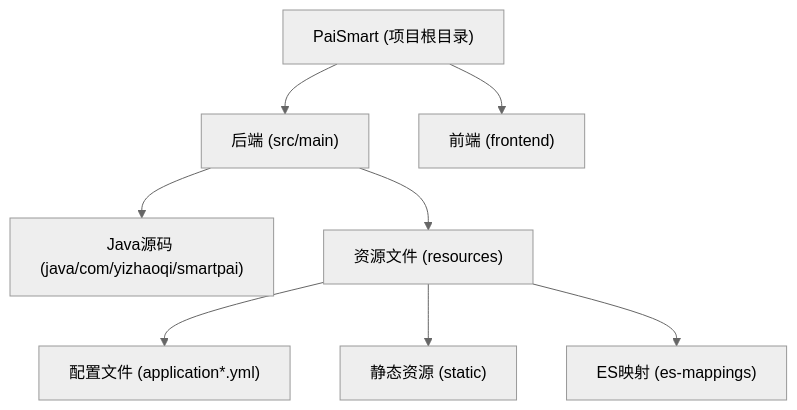
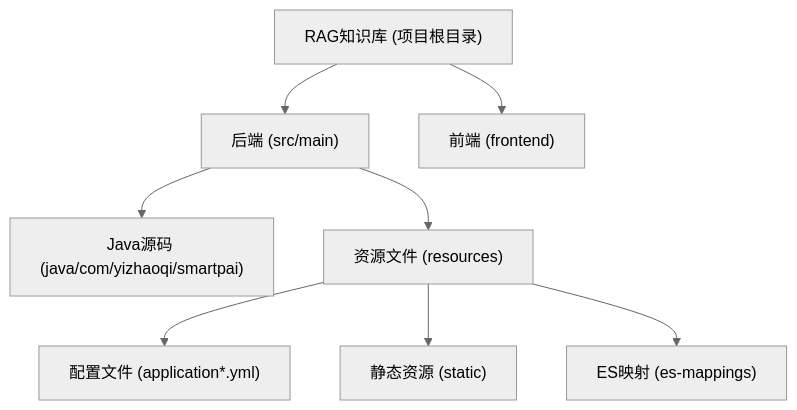
The first of 4 diagrams in .qoder/repowiki/zh/content/部署指南/容器化部署/Docker 构建/后端 Docker 构建.md (yztdev/RAG), drawn with Mermaid (neutral theme) before and after one commit. The commit also changed other lines of this file and 165 other files, not shown here.

````diff
--- a/.qoder/repowiki/zh/content/部署指南/容器化部署/Docker 构建/后端 Docker 构建.md
+++ b/.qoder/repowiki/zh/content/部署指南/容器化部署/Docker 构建/后端 Docker 构建.md
@@ -28,18 +28,18 @@
 ```mermaid
 graph TB
-root["PaiSmart (项目根目录)"]
+root["RAG知识库 (项目根目录)"]
 backend["后端 (src/main)"]
 frontend["前端 (frontend)"]
 java["Java源码 (java/com/yizhaoqi/smartpai)"]
 resources["资源文件 (resources)"]
 config["配置文件 (application*.yml)"]
 static["静态资源 (static)"]
 es_mappings["ES映射 (es-mappings)"]
 root --> backend
 root --> frontend
 backend --> java
 backend --> resources
 resources --> config
 resources --> static
 resources --> es_mappings
 ```
````
